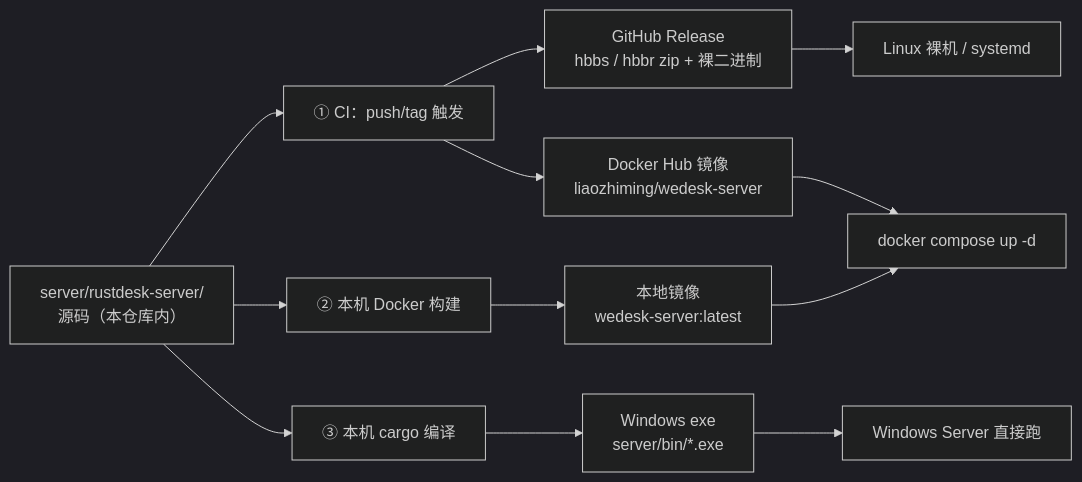
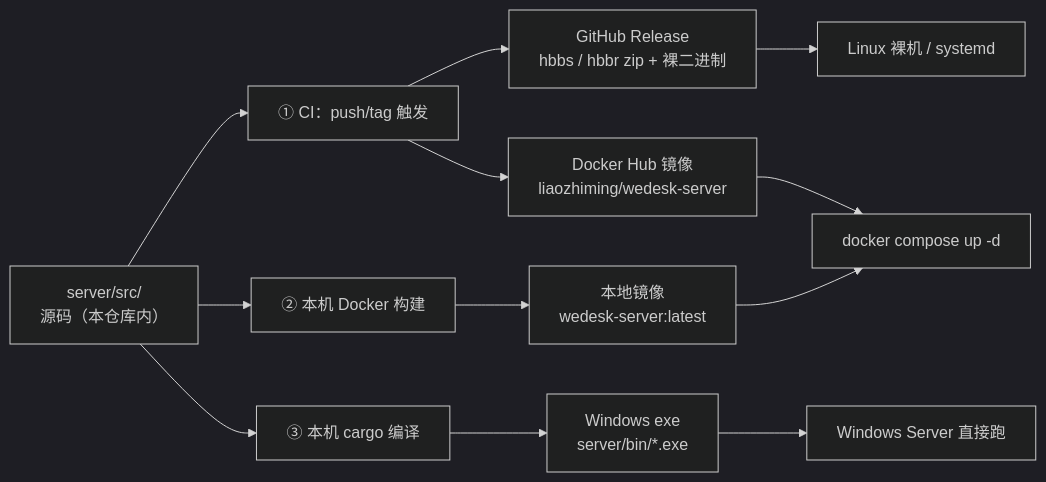
The diagram in docs/09-server-build.md (liaozhimingandy/wedesk), drawn with Mermaid (dark theme) before and after one commit. The commit also changed other lines of this file and 17 other files, not shown here.

````diff
--- a/docs/09-server-build.md
+++ b/docs/09-server-build.md
@@ -39,14 +49,14 @@
 ```mermaid
 flowchart LR
-    A["server/rustdesk-server/<br/>源码（本仓库内）"] --> B1["① CI：push/tag 触发"]
+    A["server/src/<br/>源码（本仓库内）"] --> B1["① CI：push/tag 触发"]
     A --> B2["② 本机 Docker 构建"]
     A --> B3["③ 本机 cargo 编译"]
     B1 --> C1["GitHub Release<br/>hbbs / hbbr zip + 裸二进制"]
     B1 --> C2["Docker Hub 镜像<br/>liaozhiming/wedesk-server"]
     B2 --> C3["本地镜像<br/>wedesk-server:latest"]
     B3 --> C4["Windows exe<br/>server/bin/*.exe"]
     C2 --> D["docker compose up -d"]
     C3 --> D
     C1 --> E["Linux 裸机 / systemd"]
     C4 --> F["Windows Server 直接跑"]
 ```
````
